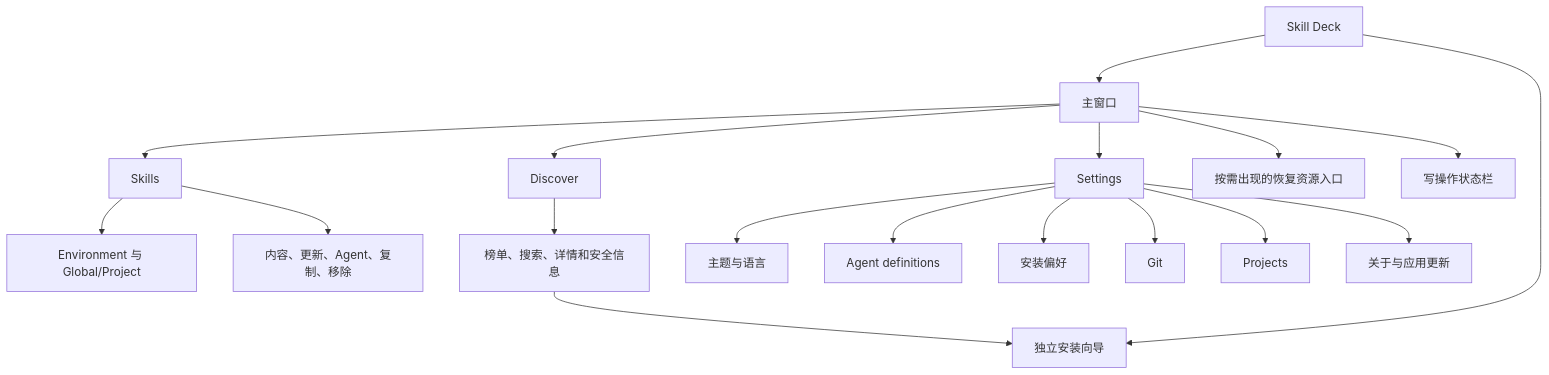
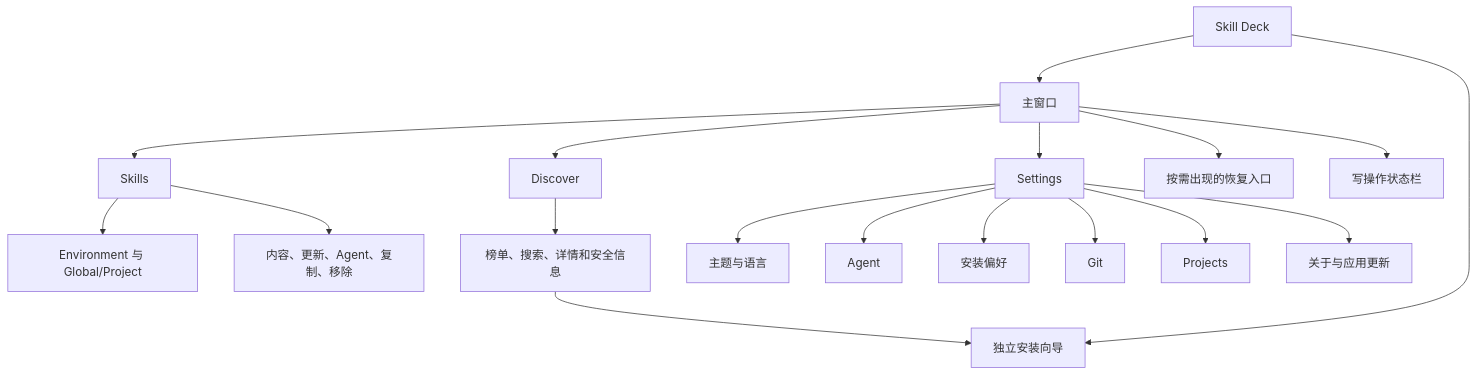
One commit to Hccake/skill-deck changed the second of 3 diagrams in docs/product.md. Above: the diagram before and after it, drawn with Mermaid. The commit also changed other lines of this file and 3 other files, not shown here.

````diff
--- a/docs/product.md
+++ b/docs/product.md
@@ -33,22 +33,22 @@
 ```mermaid
 flowchart TD
     App["Skill Deck"] --> Main["主窗口"]
     App --> Wizard["独立安装向导"]
 
     Main --> Skills["Skills"]
     Main --> Discover["Discover"]
     Main --> Settings["Settings"]
-    Main --> Recovery["按需出现的恢复资源入口"]
+    Main --> Recovery["按需出现的恢复入口"]
     Main --> Mutation["写操作状态栏"]
 
     Skills --> Context["Environment 与 Global/Project"]
     Skills --> Detail["内容、更新、Agent、复制、移除"]
     Discover --> Browse["榜单、搜索、详情和安全信息"]
     Browse --> Wizard
     Settings --> General["主题与语言"]
-    Settings --> Agents["Agent definitions"]
+    Settings --> Agents["Agent"]
     Settings --> Defaults["安装偏好"]
     Settings --> Git["Git"]
     Settings --> Projects["Projects"]
     Settings --> About["关于与应用更新"]
 ```
````
